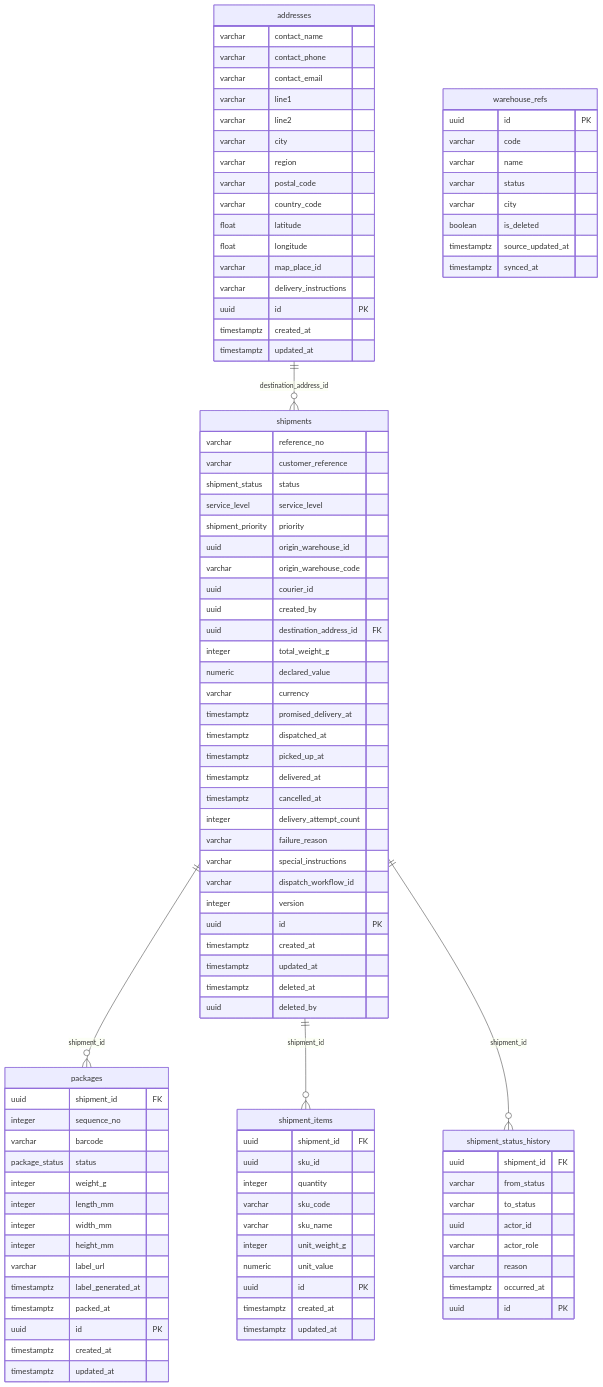
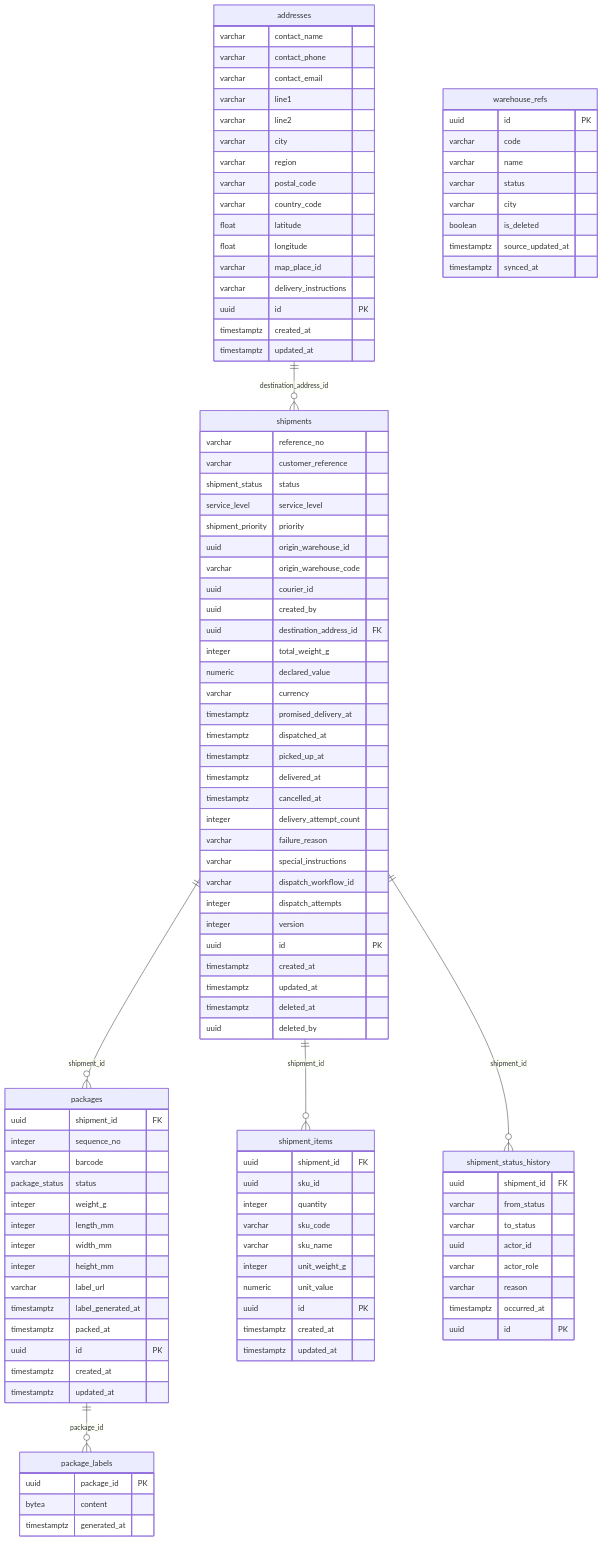
One commit to Abdullah18x/smart_logistics changed the fourth of 5 diagrams in docs/database.md. Above: the diagram before and after it, drawn with Mermaid. The commit also changed other lines of this file and 139 other files, not shown here.

````diff
--- a/docs/database.md
+++ b/docs/database.md
@@ -548,6 +551,7 @@
     shipments ||--o{ packages : "shipment_id"
     shipments ||--o{ shipment_items : "shipment_id"
     shipments ||--o{ shipment_status_history : "shipment_id"
+    packages ||--o{ package_labels : "package_id"
     addresses {
         varchar contact_name
         varchar contact_phone
@@ -599,6 +603,7 @@
         varchar failure_reason
         varchar special_instructions
         varchar dispatch_workflow_id
+        integer dispatch_attempts
         integer version
         uuid id PK
         timestamptz created_at
@@ -644,4 +649,9 @@
         timestamptz occurred_at
         uuid id PK
     }
+    package_labels {
+        uuid package_id PK
+        bytea content
+        timestamptz generated_at
+    }
 ```
````
